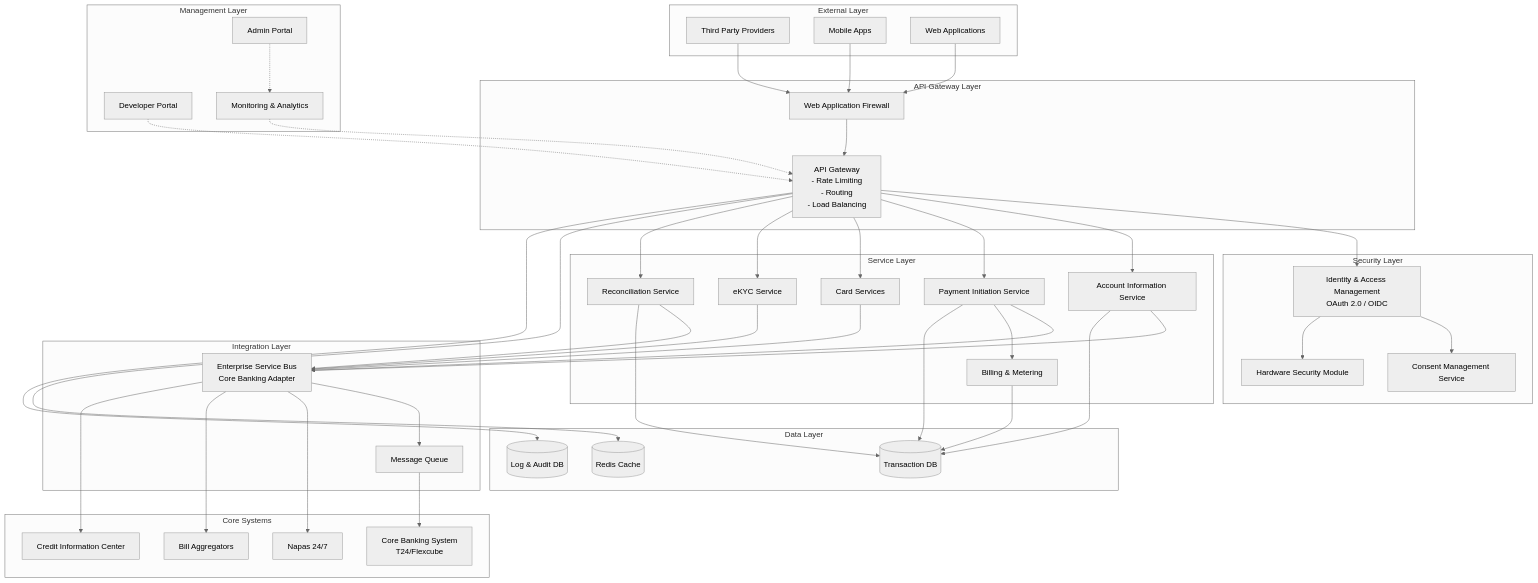
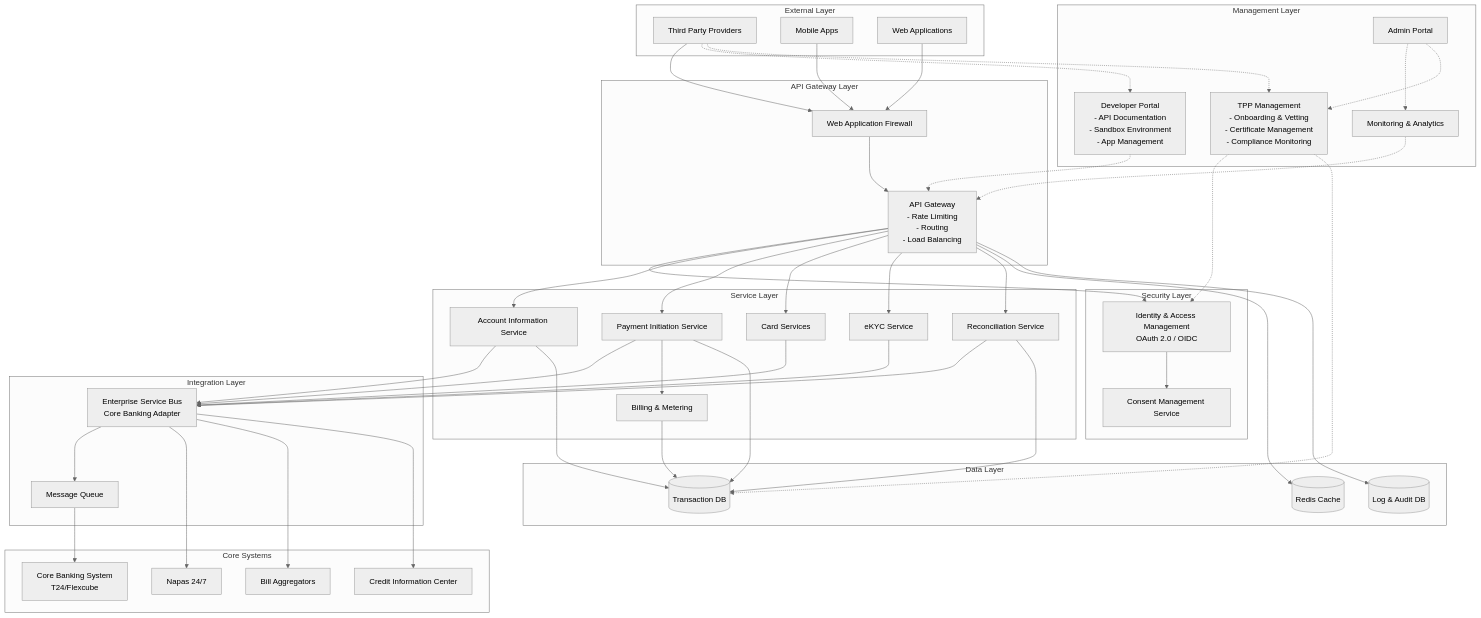
The first of 2 diagrams in 01-Kien-truc-he-thong.md (huuhoait/openbanking-vn-specs), drawn with Mermaid (neutral theme) before and after one commit. The commit also changed other lines of this file, not shown here.

````diff
--- a/01-Kien-truc-he-thong.md
+++ b/01-Kien-truc-he-thong.md
@@ -22,7 +22,6 @@
     subgraph "Security Layer"
         IAM[Identity & Access Management<br/>OAuth 2.0 / OIDC]
         Consent[Consent Management Service]
-        HSM[Hardware Security Module]
     end
     
     subgraph "Service Layer"
@@ -53,7 +52,8 @@
     end
     
     subgraph "Management Layer"
-        DevPortal[Developer Portal]
+        DevPortal[Developer Portal<br/>- API Documentation<br/>- Sandbox Environment<br/>- App Management]
+        TPPMgmt[TPP Management<br/>- Onboarding & Vetting<br/>- Certificate Management<br/>- Compliance Monitoring]
         AdminPortal[Admin Portal]
         Monitor[Monitoring & Analytics]
     end
@@ -71,7 +71,6 @@
     APIGW --> Recon
     
     IAM --> Consent
-    IAM --> HSM
     
     AIS --> ESB
     PIS --> ESB
@@ -94,7 +93,12 @@
     APIGW --> Cache
     APIGW --> LogDB
     
+    TPP -.-> DevPortal
+    TPP -.-> TPPMgmt
     DevPortal -.-> APIGW
+    TPPMgmt -.-> IAM
+    TPPMgmt -.-> DB
     AdminPortal -.-> Monitor
+    AdminPortal -.-> TPPMgmt
     Monitor -.-> APIGW
 ```
````
